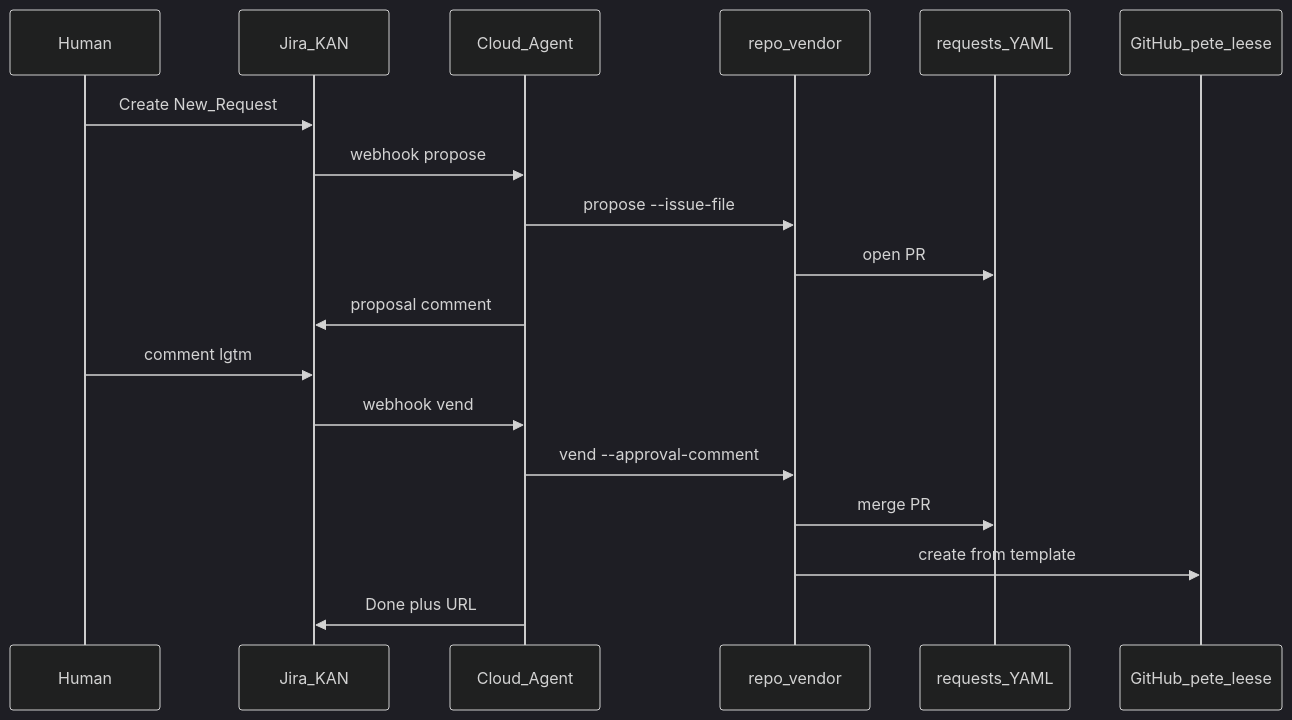
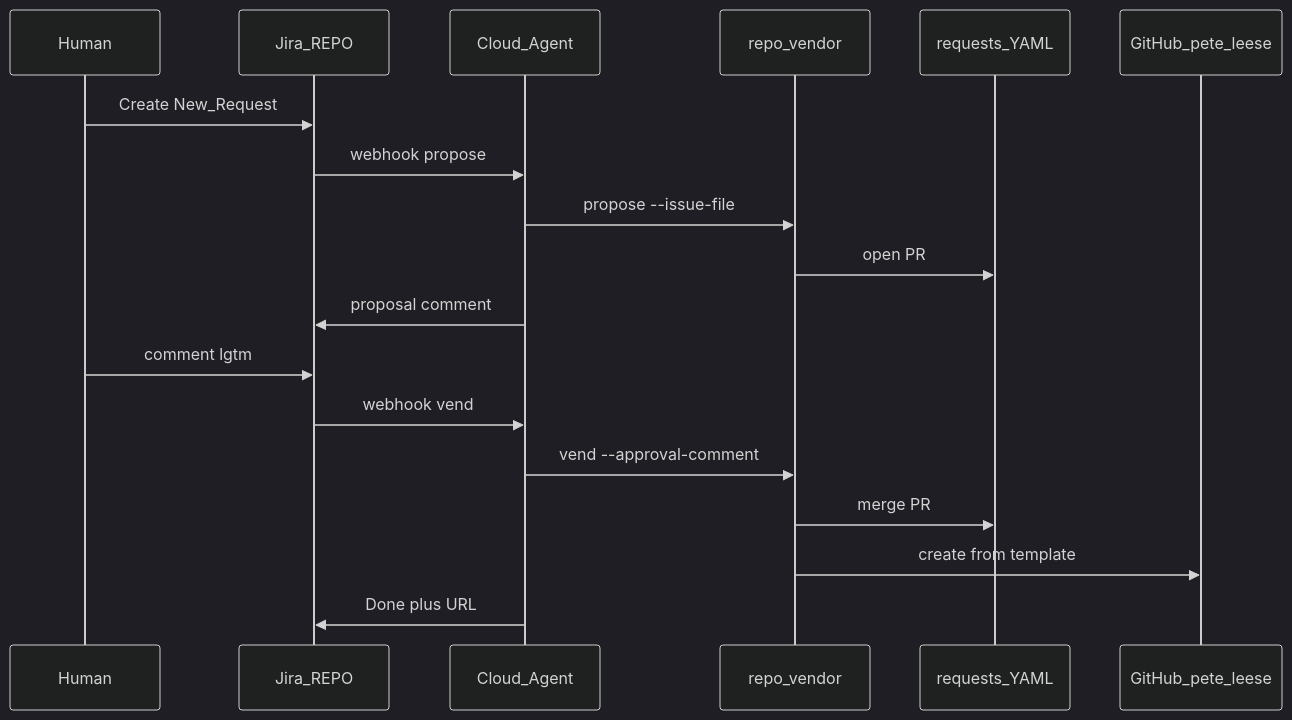
The diagram in README.md (pete-leese/agentic-repo-vending), drawn with Mermaid (dark theme) before and after one commit. The commit also changed other lines of this file and 15 other files, not shown here.

````diff
--- a/README.md
+++ b/README.md
@@ -37,21 +43,21 @@
 ```mermaid
 sequenceDiagram
   participant Human
-  participant Jira as Jira_KAN
+  participant Jira as Jira_REPO
   participant Agent as Cloud_Agent
   participant App as repo_vendor
   participant Spec as requests_YAML
   participant GitHub as GitHub_pete_leese
 
   Human->>Jira: Create New_Request
   Jira->>Agent: webhook propose
   Agent->>App: propose --issue-file
   App->>Spec: open PR
   Agent->>Jira: proposal comment
   Human->>Jira: comment lgtm
   Jira->>Agent: webhook vend
   Agent->>App: vend --approval-comment
   App->>Spec: merge PR
   App->>GitHub: create from template
   Agent->>Jira: Done plus URL
 ```
````
